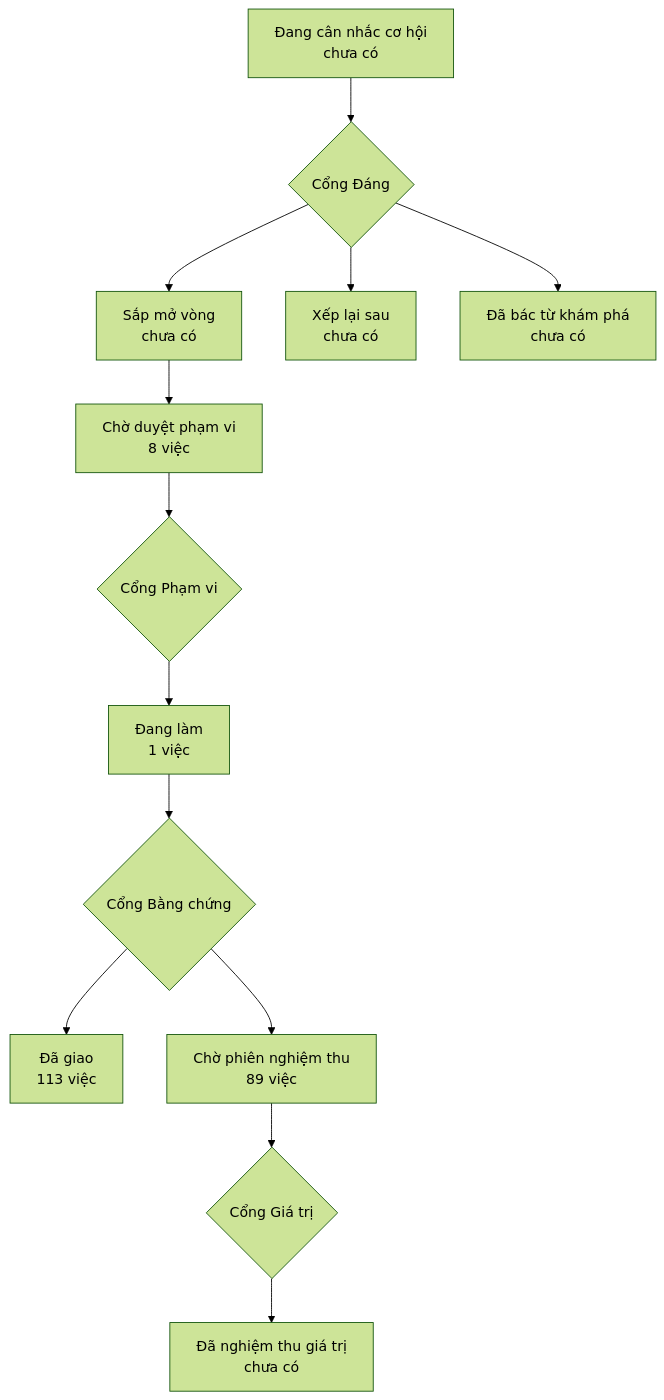
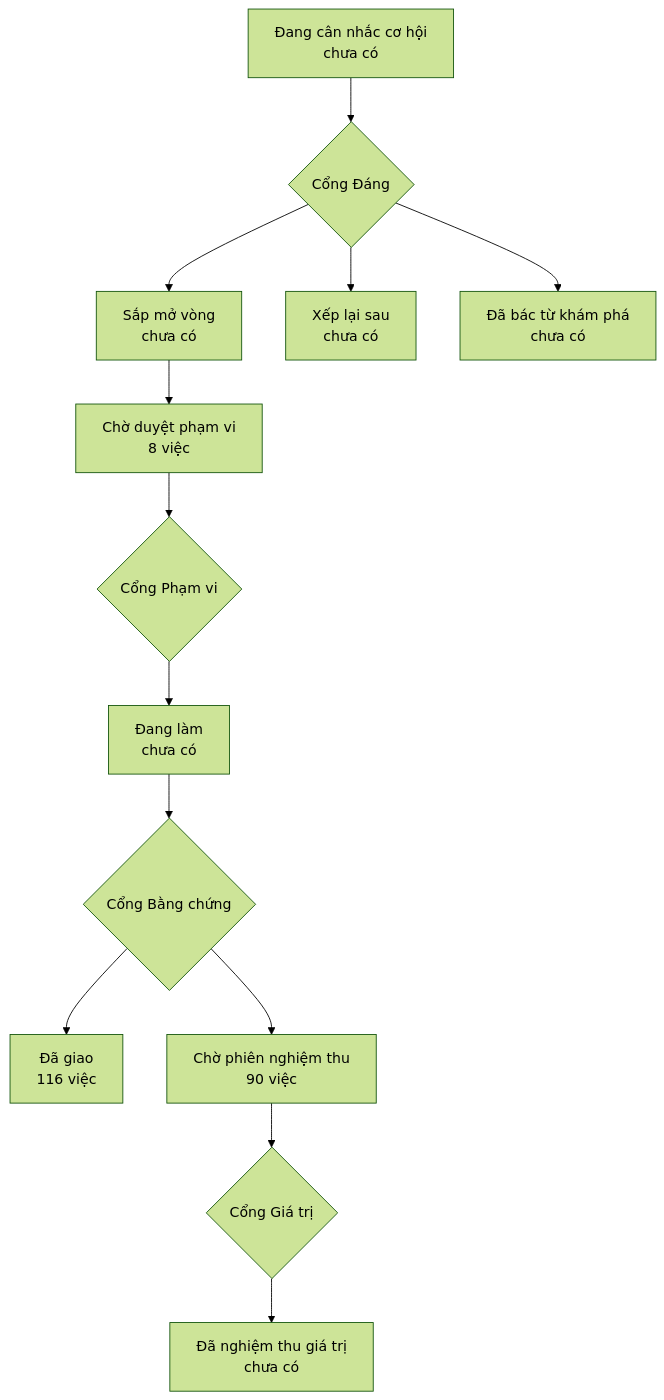
Before and after one commit to phanlemanh/onehub-invest: the diagram in PRODUCT-MAP.md, drawn with Mermaid (forest theme). The commit also changed other lines of this file and 4 other files, not shown here.

````diff
--- a/PRODUCT-MAP.md
+++ b/PRODUCT-MAP.md
@@ -7,12 +7,12 @@
 ```mermaid
 flowchart TD
   A["Đang cân nhắc cơ hội<br/>chưa có"] --> GD{"Cổng Đáng"}
   GD --> B["Sắp mở vòng<br/>chưa có"]
   GD --> XL["Xếp lại sau<br/>chưa có"]
   GD --> DB["Đã bác từ khám phá<br/>chưa có"]
   B --> CD["Chờ duyệt phạm vi<br/>8 việc"] --> GP{"Cổng Phạm vi"}
-  GP --> DL["Đang làm<br/>1 việc"] --> GB{"Cổng Bằng chứng"}
-  GB --> DG["Đã giao<br/>113 việc"]
-  GB --> CN["Chờ phiên nghiệm thu<br/>89 việc"] --> GG{"Cổng Giá trị"}
+  GP --> DL["Đang làm<br/>chưa có"] --> GB{"Cổng Bằng chứng"}
+  GB --> DG["Đã giao<br/>116 việc"]
+  GB --> CN["Chờ phiên nghiệm thu<br/>90 việc"] --> GG{"Cổng Giá trị"}
   GG --> NT["Đã nghiệm thu giá trị<br/>chưa có"]
 ```
````
